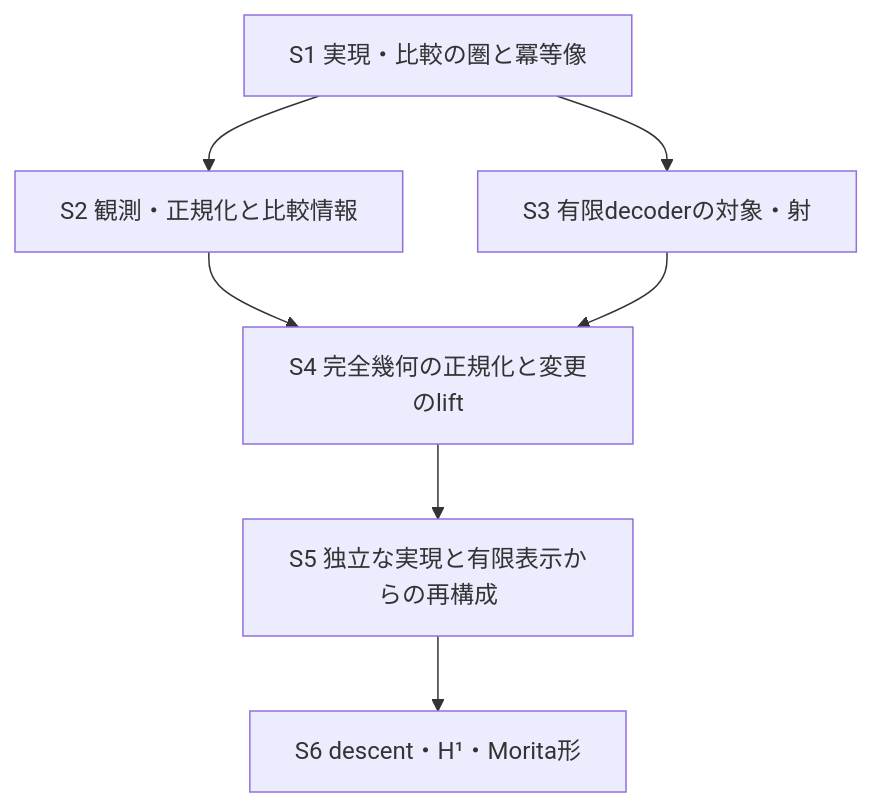
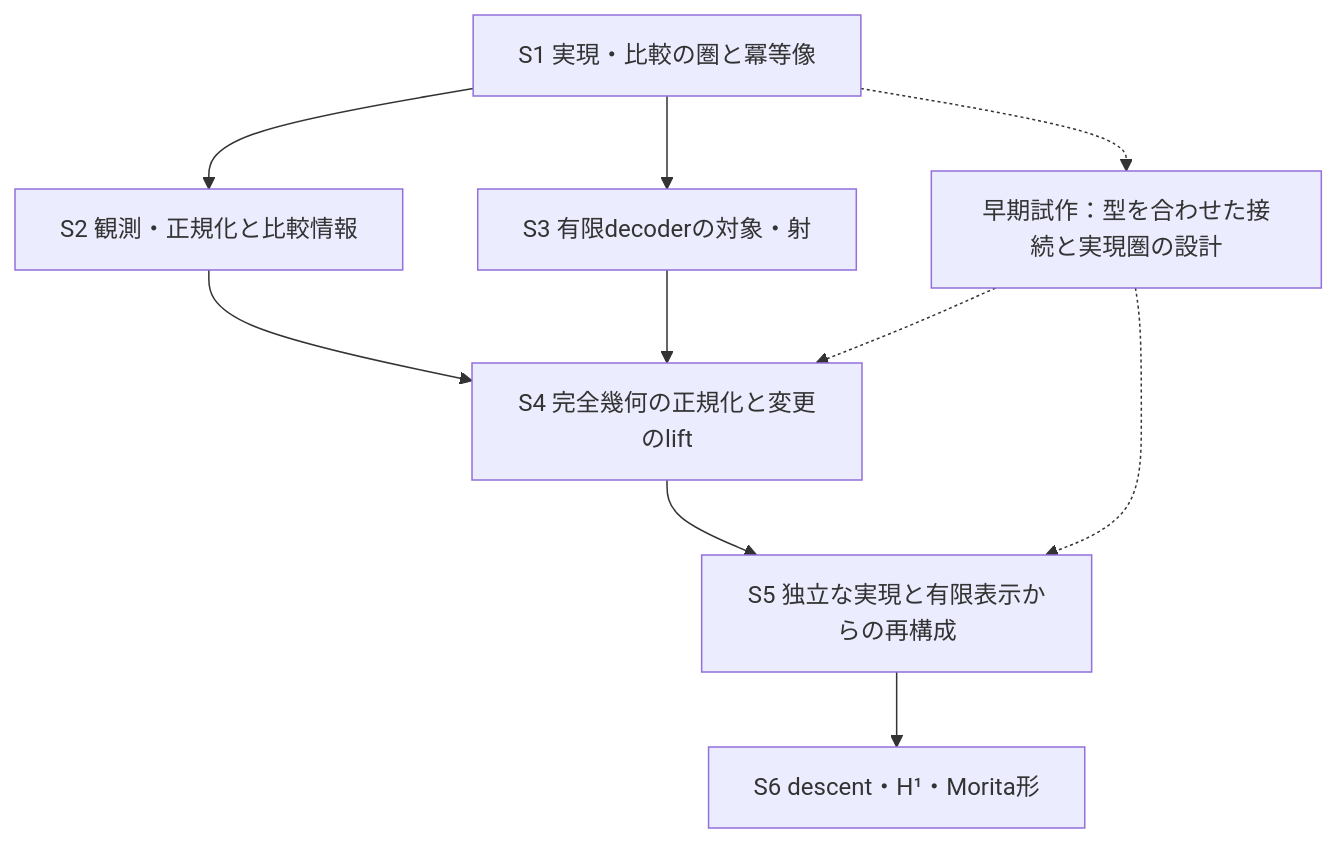
The second of 2 diagrams in docs/note/n1010_aat_post_annapurna_conjectures_research_plan.md (iroha1203/AlgebraicArchitectureTheoryV2), drawn with Mermaid before and after one commit. The commit also changed other lines of this file, not shown here.

````diff
--- a/docs/note/n1010_aat_post_annapurna_conjectures_research_plan.md
+++ b/docs/note/n1010_aat_post_annapurna_conjectures_research_plan.md
@@ -593,9 +643,12 @@
 ```mermaid
 flowchart TD
   S1["S1 実現・比較の圏と冪等像"] --> S2["S2 観測・正規化と比較情報"]
   S1 --> S3["S3 有限decoderの対象・射"]
   S2 --> S4["S4 完全幾何の正規化と変更のlift"]
   S3 --> S4
   S4 --> S5["S5 独立な実現と有限表示からの再構成"]
   S5 --> S6["S6 descent・H¹・Morita形"]
+  S1 -.-> T["早期試作：型を合わせた接続と実現圏の設計"]
+  T -.-> S4
+  T -.-> S5
 ```
````
